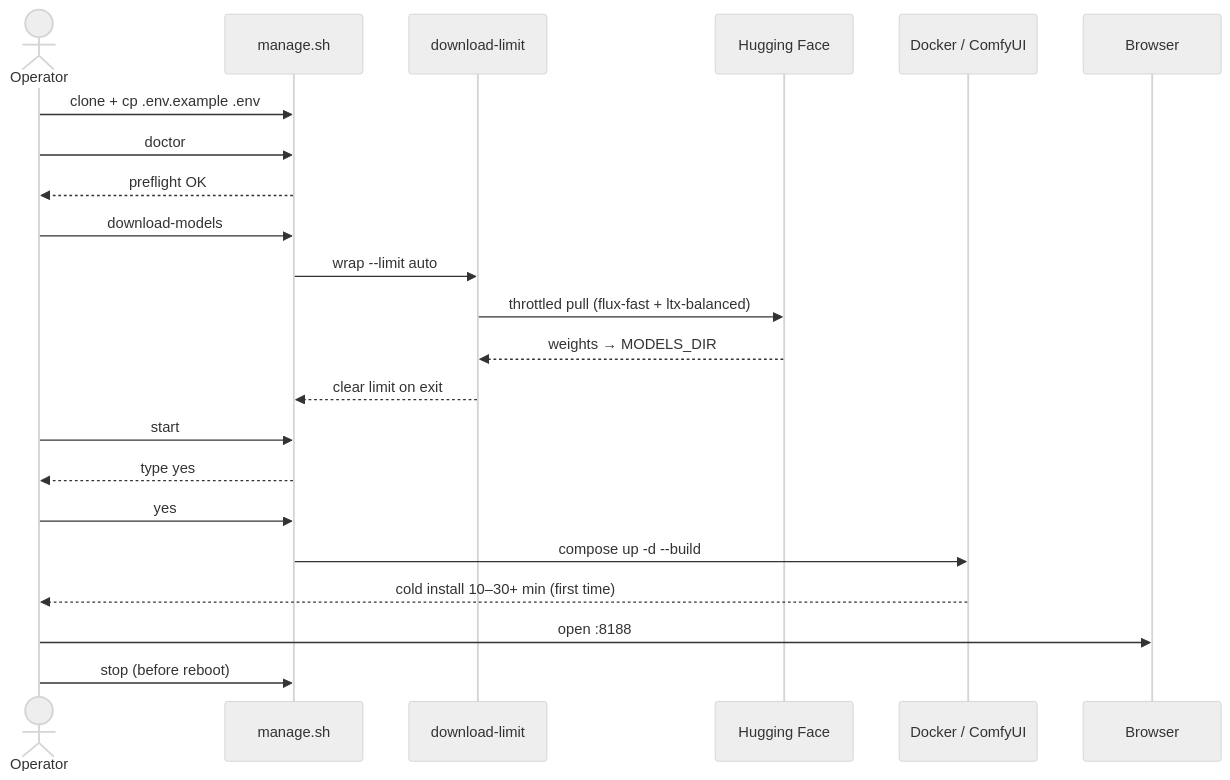
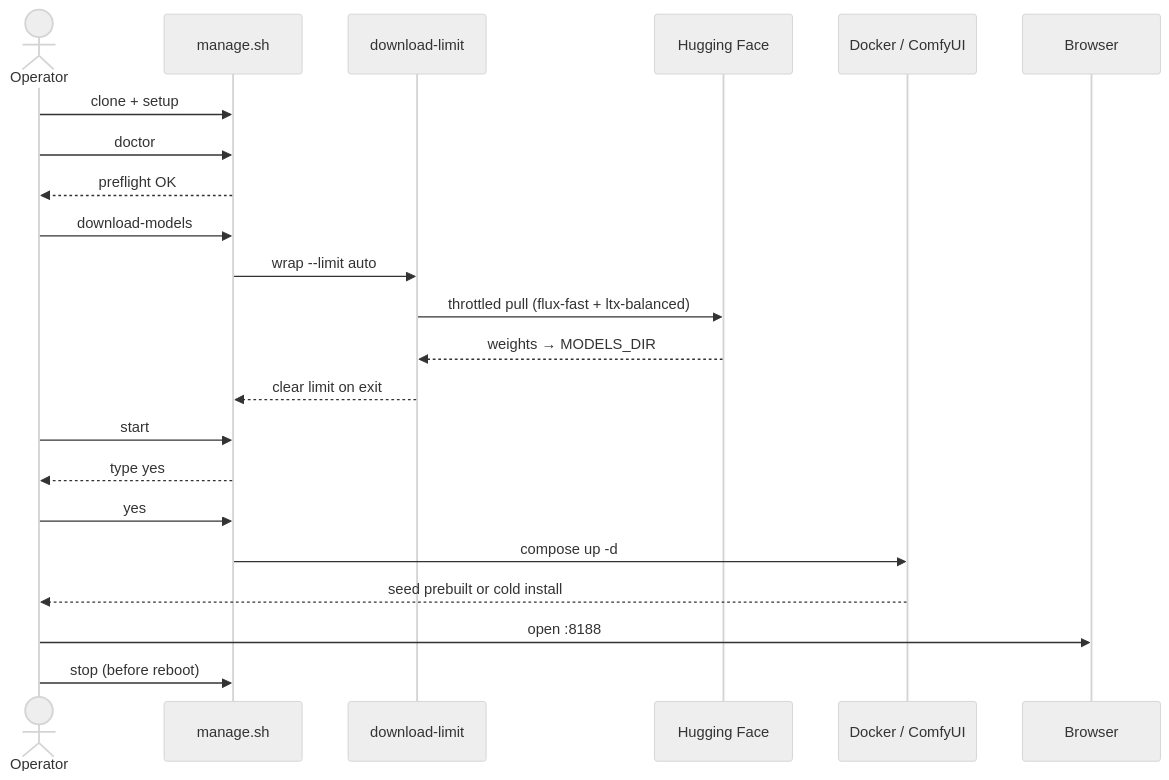
The second of 3 diagrams in docs/getting-started.md (toxicoder/ez-comfy-stack), drawn with Mermaid (neutral theme) before and after one commit. The commit also changed other lines of this file and 9 other files, not shown here.

````diff
--- a/docs/getting-started.md
+++ b/docs/getting-started.md
@@ -173,25 +309,25 @@
-```mermaid
-sequenceDiagram
-  actor Op as Operator
-  participant M as manage.sh
-  participant DL as download-limit
-  participant HF as Hugging Face
-  participant D as Docker / ComfyUI
-  participant B as Browser
+    ```mermaid
+    sequenceDiagram
+      actor Op as Operator
+      participant M as manage.sh
+      participant DL as download-limit
+      participant HF as Hugging Face
+      participant D as Docker / ComfyUI
+      participant B as Browser
 
-  Op->>M: clone + cp .env.example .env
-  Op->>M: doctor
-  M-->>Op: preflight OK
-  Op->>M: download-models
-  M->>DL: wrap --limit auto
-  DL->>HF: throttled pull (flux-fast + ltx-balanced)
-  HF-->>DL: weights → MODELS_DIR
-  DL-->>M: clear limit on exit
-  Op->>M: start
-  M-->>Op: type yes
-  Op->>M: yes
-  M->>D: compose up -d --build
-  D-->>Op: cold install 10–30+ min (first time)
-  Op->>B: open :8188
-  Op->>M: stop (before reboot)
-```
+      Op->>M: clone + setup
+      Op->>M: doctor
+      M-->>Op: preflight OK
+      Op->>M: download-models
+      M->>DL: wrap --limit auto
+      DL->>HF: throttled pull (flux-fast + ltx-balanced)
+      HF-->>DL: weights → MODELS_DIR
+      DL-->>M: clear limit on exit
+      Op->>M: start
+      M-->>Op: type yes
+      Op->>M: yes
+      M->>D: compose up -d
+      D-->>Op: seed prebuilt or cold install
+      Op->>B: open :8188
+      Op->>M: stop (before reboot)
+    ```
````
